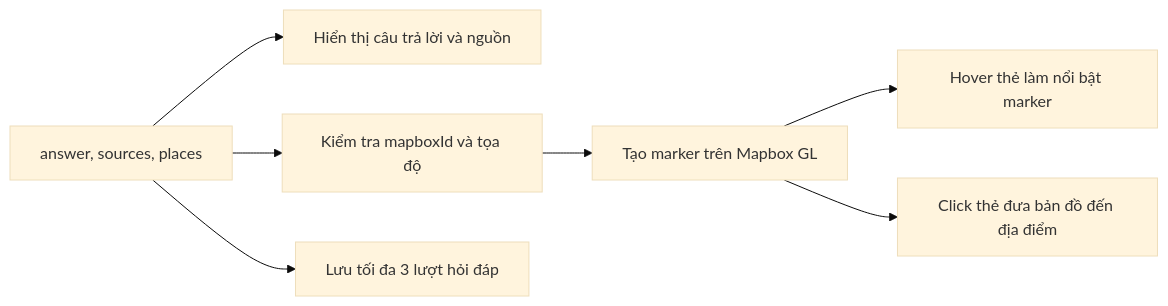
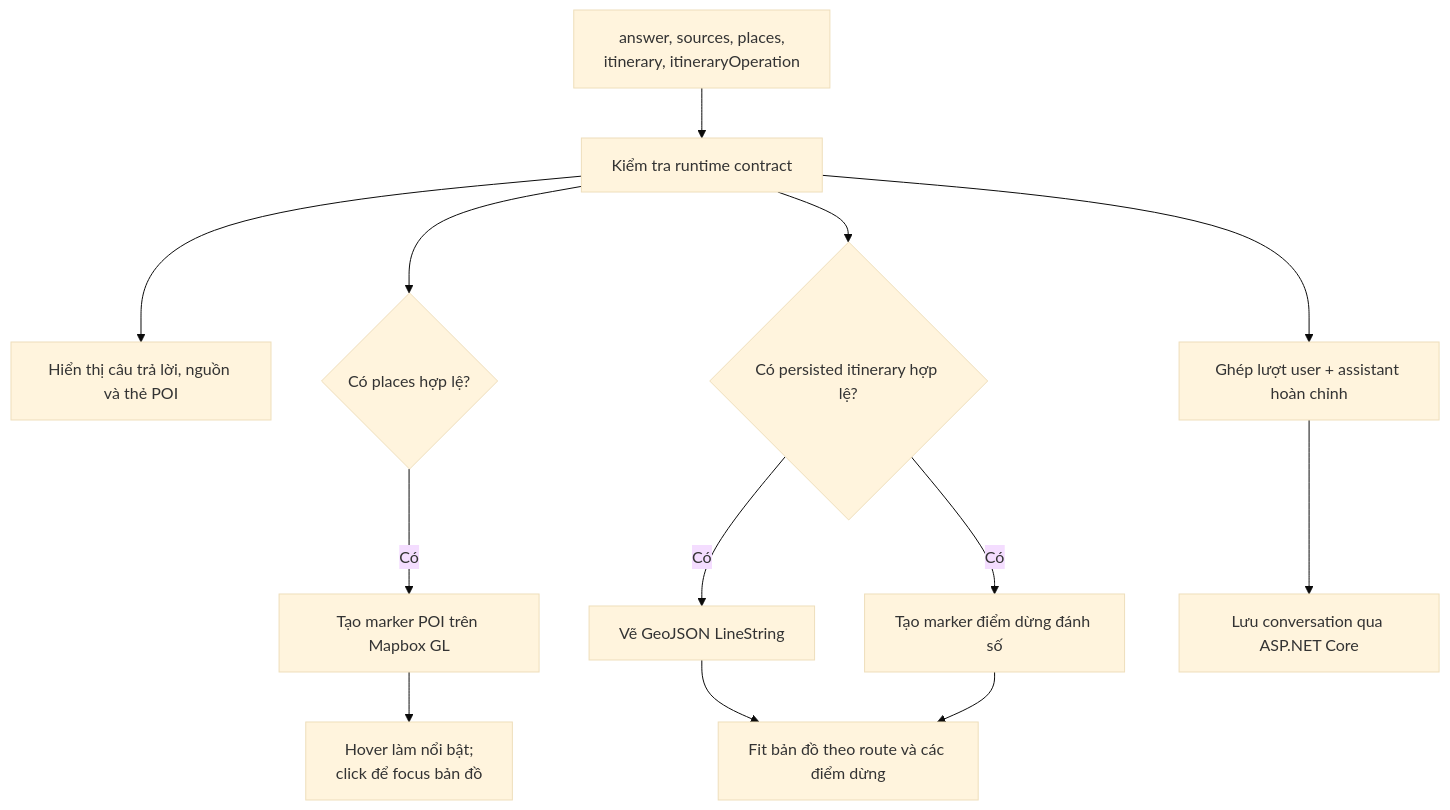
Before and after one commit to nguyendinhhung04/Travel-Chatbot: diagram 12 of 12 in README.md, drawn with Mermaid (base theme). The commit also changed other lines of this file and 9 other files, not shown here.

````diff
--- a/README.md
+++ b/README.md
@@ -304,9 +379,15 @@
 ```mermaid
-flowchart LR
-    RESPONSE[answer, sources, places] --> CHAT[Hiển thị câu trả lời và nguồn]
-    RESPONSE --> VALID[Kiểm tra mapboxId và tọa độ]
-    VALID --> MARKER[Tạo marker trên Mapbox GL]
-    MARKER --> HOVER[Hover thẻ làm nổi bật marker]
-    MARKER --> CLICK[Click thẻ đưa bản đồ đến địa điểm]
-    RESPONSE --> HISTORY[Lưu tối đa 3 lượt hỏi đáp]
+flowchart TD
+    RESPONSE[answer, sources, places,<br/>itinerary, itineraryOperation] --> VALIDATE[Kiểm tra runtime contract]
+    VALIDATE --> CHAT[Hiển thị câu trả lời, nguồn và thẻ POI]
+    VALIDATE --> PLACES{Có places hợp lệ?}
+    PLACES -->|Có| MARKER[Tạo marker POI trên Mapbox GL]
+    MARKER --> INTERACT[Hover làm nổi bật;<br/>click để focus bản đồ]
+    VALIDATE --> ROUTE{Có persisted itinerary hợp lệ?}
+    ROUTE -->|Có| LINE[Vẽ GeoJSON LineString]
+    ROUTE -->|Có| STOP_MARKERS[Tạo marker điểm dừng đánh số]
+    LINE --> FIT[Fit bản đồ theo route và các điểm dừng]
+    STOP_MARKERS --> FIT
+    VALIDATE --> COMPLETE[Ghép lượt user + assistant hoàn chỉnh]
+    COMPLETE --> SAVE[Lưu conversation qua ASP.NET Core]
 ```
````
